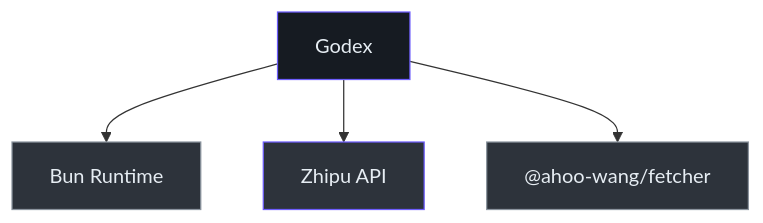
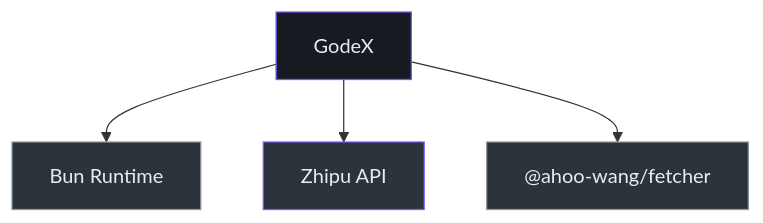
The second of 2 diagrams in wiki/onboarding/executive-guide.md (zamelee/GodeX), drawn with Mermaid before and after one commit. The commit also changed other lines of this file and 96 other files, not shown here.

First line of the commit message:
refactor: Rename project from Godex to GodeX (#44)

````diff
--- a/wiki/onboarding/executive-guide.md
+++ b/wiki/onboarding/executive-guide.md
@@ -68,16 +68,16 @@
 ```mermaid
 graph TB
-    GODEX["Godex"]
+    GODEX["GodeX"]
     BUN["Bun Runtime"]
     ZHIPU["Zhipu API"]
     FETCHER["@ahoo-wang/fetcher"]
 
     GODEX --> BUN
     GODEX --> ZHIPU
     GODEX --> FETCHER
 
     style GODEX fill:#161b22,stroke:#6d5dfc,color:#e6edf3
     style BUN fill:#2d333b,stroke:#8b949e,color:#e6edf3
     style ZHIPU fill:#2d333b,stroke:#6d5dfc,color:#e6edf3
     style FETCHER fill:#2d333b,stroke:#8b949e,color:#e6edf3
 ```
````
